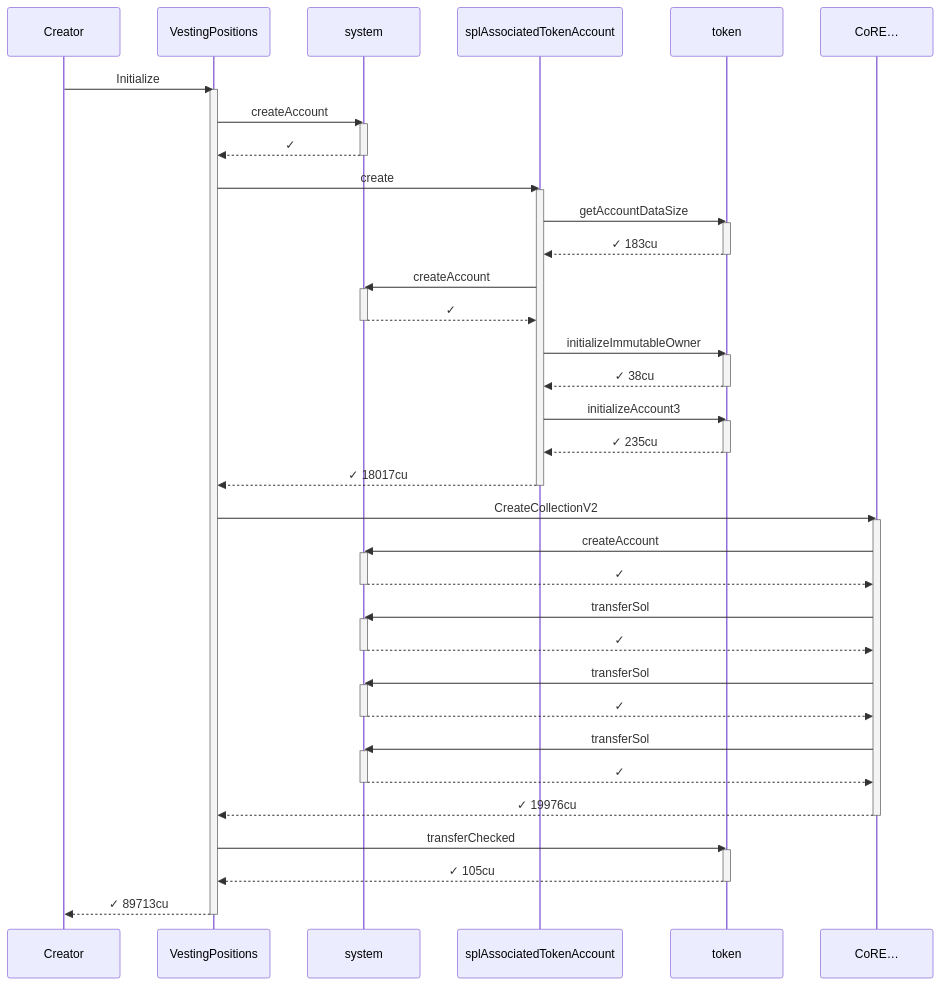
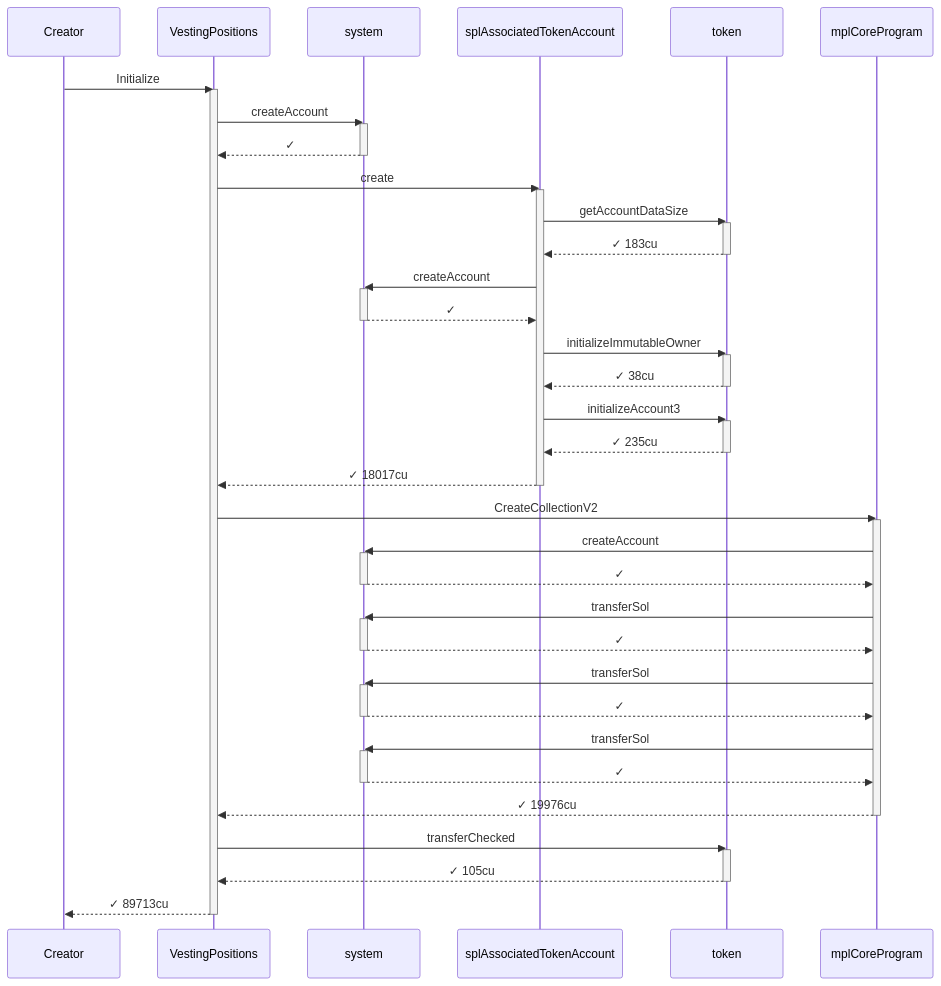
The first of 2 diagrams in babelfish-tests/test-report/compute_units_profile.md (cds-turbin3/vesting-position), drawn with Mermaid before and after one commit. The commit also changed other lines of this file and 106 other files, not shown here.

````diff
--- a/babelfish-tests/test-report/compute_units_profile.md
+++ b/babelfish-tests/test-report/compute_units_profile.md
@@ -16,61 +16,61 @@
 ```mermaid
 sequenceDiagram
     participant p0 as Creator
     participant p1 as VestingPositions
     participant p2 as system
     participant p3 as splAssociatedTokenAccount
     participant p4 as token
-    participant p5 as CoRE…
+    participant p5 as mplCoreProgram
     p0->>p1: Initialize
     activate p1
     p1->>p2: createAccount
     activate p2
     p2-->>p1: ✓
     deactivate p2
     p1->>p3: create
     activate p3
     p3->>p4: getAccountDataSize
     activate p4
     p4-->>p3: ✓ 183cu
     deactivate p4
     p3->>p2: createAccount
     activate p2
     p2-->>p3: ✓
     deactivate p2
     p3->>p4: initializeImmutableOwner
     activate p4
     p4-->>p3: ✓ 38cu
     deactivate p4
     p3->>p4: initializeAccount3
     activate p4
     p4-->>p3: ✓ 235cu
     deactivate p4
     p3-->>p1: ✓ 18017cu
     deactivate p3
     p1->>p5: CreateCollectionV2
     activate p5
     p5->>p2: createAccount
     activate p2
     p2-->>p5: ✓
     deactivate p2
     p5->>p2: transferSol
     activate p2
     p2-->>p5: ✓
     deactivate p2
     p5->>p2: transferSol
     activate p2
     p2-->>p5: ✓
     deactivate p2
     p5->>p2: transferSol
     activate p2
     p2-->>p5: ✓
     deactivate p2
     p5-->>p1: ✓ 19976cu
     deactivate p5
     p1->>p4: transferChecked
     activate p4
     p4-->>p1: ✓ 105cu
     deactivate p4
     p1-->>p0: ✓ 89713cu
     deactivate p1
 ```
````
